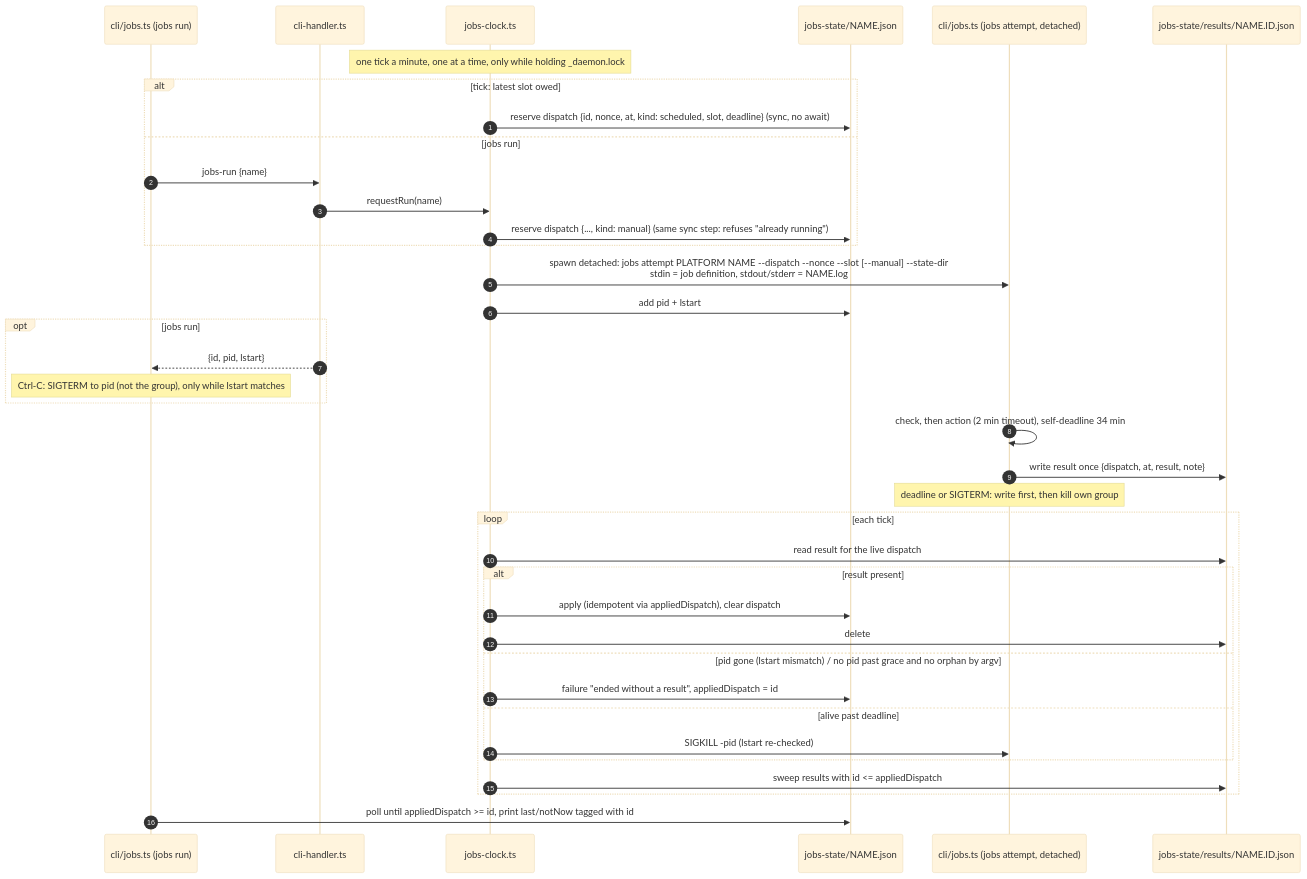
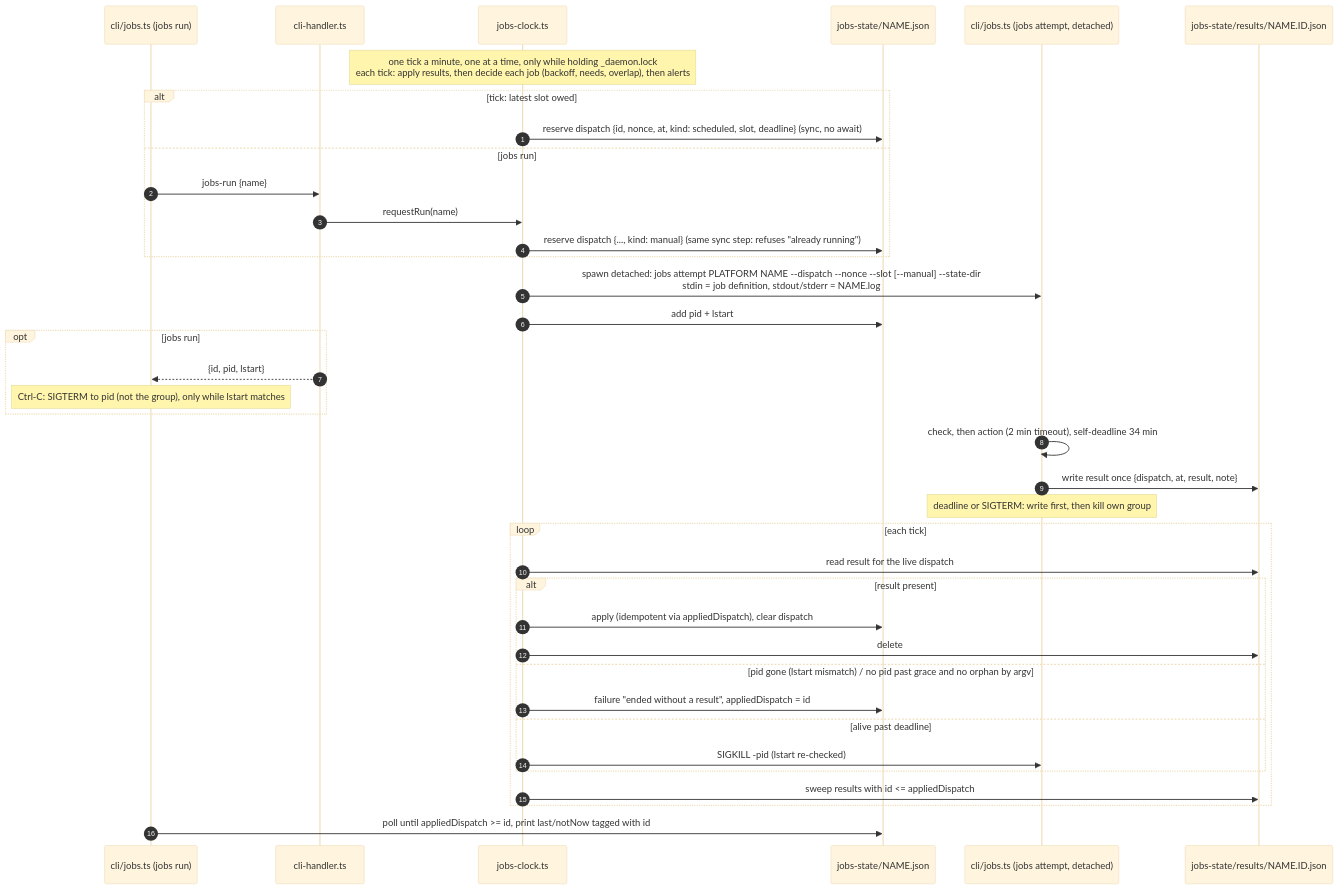
One commit to sf8193/hydra changed the diagram in diagrams/flow-jobs-dispatch.mmd. Above: the diagram before and after it, drawn with Mermaid (base theme). The commit also changed 16 other files, not shown here.

First line of the commit message:
feat(jobs): durable jobs: retry until done, needs, exit 75, overlap, failure-run alerts

```diff
--- a/diagrams/flow-jobs-dispatch.mmd
+++ b/diagrams/flow-jobs-dispatch.mmd
@@ -1,39 +1,39 @@
 sequenceDiagram
     autonumber
     participant CLI as cli/jobs.ts (jobs run)
     participant H as cli-handler.ts
     participant C as jobs-clock.ts
     participant S as jobs-state/NAME.json
     participant A as cli/jobs.ts (jobs attempt, detached)
     participant R as jobs-state/results/NAME.ID.json
 
-    Note over C: one tick a minute, one at a time, only while holding _daemon.lock
+    Note over C: one tick a minute, one at a time, only while holding _daemon.lock<br/>each tick: apply results, then decide each job (backoff, needs, overlap), then alerts
     alt tick: latest slot owed
         C->>S: reserve dispatch {id, nonce, at, kind: scheduled, slot, deadline} (sync, no await)
     else jobs run
         CLI->>H: jobs-run {name}
         H->>C: requestRun(name)
         C->>S: reserve dispatch {..., kind: manual} (same sync step: refuses "already running")
     end
     C->>A: spawn detached: jobs attempt PLATFORM NAME --dispatch --nonce --slot [--manual] --state-dir<br/>stdin = job definition, stdout/stderr = NAME.log
     C->>S: add pid + lstart
     opt jobs run
         H-->>CLI: {id, pid, lstart}
         Note over CLI: Ctrl-C: SIGTERM to pid (not the group), only while lstart matches
     end
     A->>A: check, then action (2 min timeout), self-deadline 34 min
     A->>R: write result once {dispatch, at, result, note}
     Note over A: deadline or SIGTERM: write first, then kill own group
     loop each tick
         C->>R: read result for the live dispatch
         alt result present
             C->>S: apply (idempotent via appliedDispatch), clear dispatch
             C->>R: delete
         else pid gone (lstart mismatch) / no pid past grace and no orphan by argv
             C->>S: failure "ended without a result", appliedDispatch = id
         else alive past deadline
             C->>A: SIGKILL -pid (lstart re-checked)
         end
         C->>R: sweep results with id <= appliedDispatch
     end
     CLI->>S: poll until appliedDispatch >= id, print last/notNow tagged with id
```
